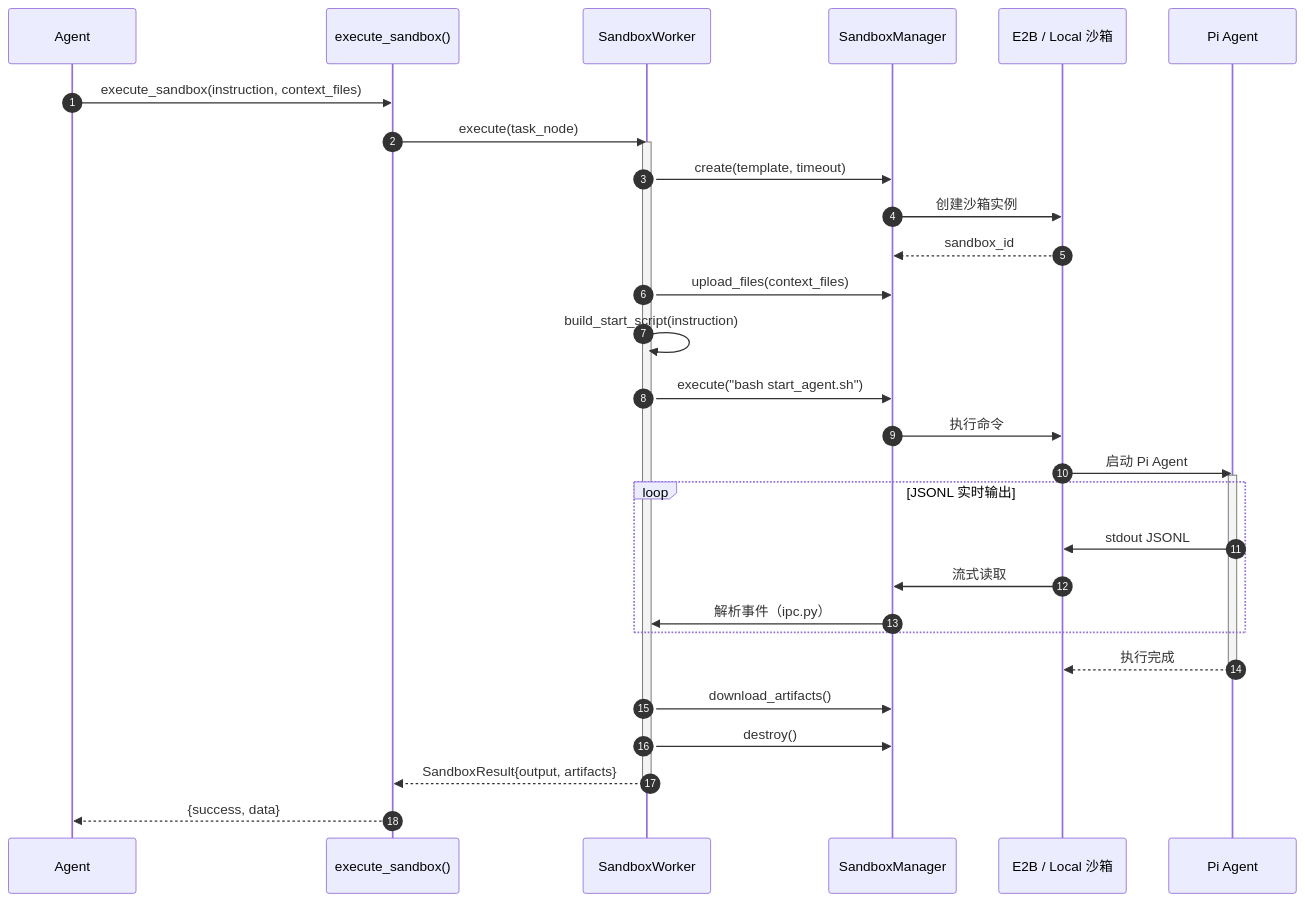
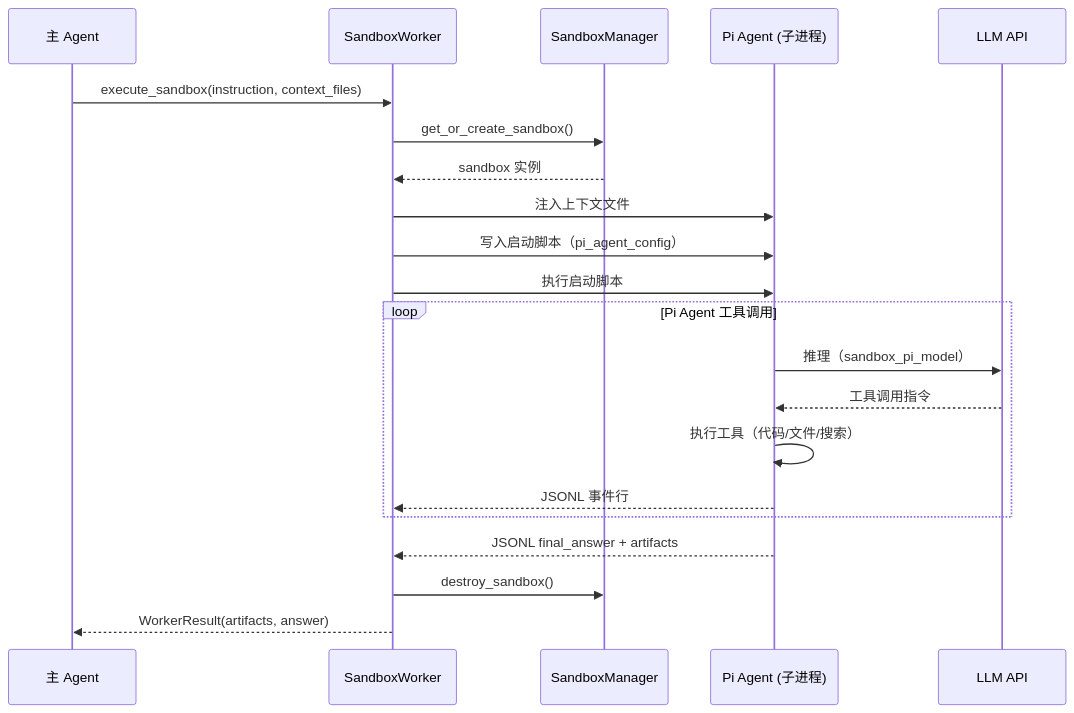
The third of 6 diagrams in doc-arch/04-runtime-flows.md (ryanSir/super-agent), drawn with Mermaid before and after one commit. The commit also changed other lines of this file and 56 other files, not shown here.

Commit message:
重新生成架构文档补充技术架构图

````diff
--- a/doc-arch/04-runtime-flows.md
+++ b/doc-arch/04-runtime-flows.md
@@ -191,42 +78,27 @@
 ```mermaid
 sequenceDiagram
-    autonumber
-    participant Agent as Agent
-    participant Bridge as execute_sandbox()
+    participant AG as 主 Agent
     participant SW as SandboxWorker
     participant SM as SandboxManager
-    participant Sandbox as E2B / Local 沙箱
-    participant Pi as Pi Agent
+    participant PA as Pi Agent (子进程)
+    participant LLM as LLM API
 
-    Agent->>Bridge: execute_sandbox(instruction, context_files)
-    Bridge->>SW: execute(task_node)
-    activate SW
+    AG->>SW: execute_sandbox(instruction, context_files)
+    SW->>SM: get_or_create_sandbox()
+    SM-->>SW: sandbox 实例
 
-    SW->>SM: create(template, timeout)
-    SM->>Sandbox: 创建沙箱实例
-    Sandbox-->>SM: sandbox_id
+    SW->>PA: 注入上下文文件
+    SW->>PA: 写入启动脚本（pi_agent_config）
+    SW->>PA: 执行启动脚本
 
-    SW->>SM: upload_files(context_files)
-    SW->>SW: build_start_script(instruction)
-
-    SW->>SM: execute("bash start_agent.sh")
-    SM->>Sandbox: 执行命令
-    Sandbox->>Pi: 启动 Pi Agent
-    activate Pi
-
-    loop JSONL 实时输出
-        Pi->>Sandbox: stdout JSONL
-        Sandbox->>SM: 流式读取
-        SM->>SW: 解析事件（ipc.py）
+    loop Pi Agent 工具调用
+        PA->>LLM: 推理（sandbox_pi_model）
+        LLM-->>PA: 工具调用指令
+        PA->>PA: 执行工具（代码/文件/搜索）
+        PA-->>SW: JSONL 事件行
     end
 
-    Pi-->>Sandbox: 执行完成
-    deactivate Pi
-
-    SW->>SM: download_artifacts()
-    SW->>SM: destroy()
-
-    SW-->>Bridge: SandboxResult{output, artifacts}
-    deactivate SW
-    Bridge-->>Agent: {success, data}
+    PA-->>SW: JSONL final_answer + artifacts
+    SW->>SM: destroy_sandbox()
+    SW-->>AG: WorkerResult(artifacts, answer)
 ```
````
